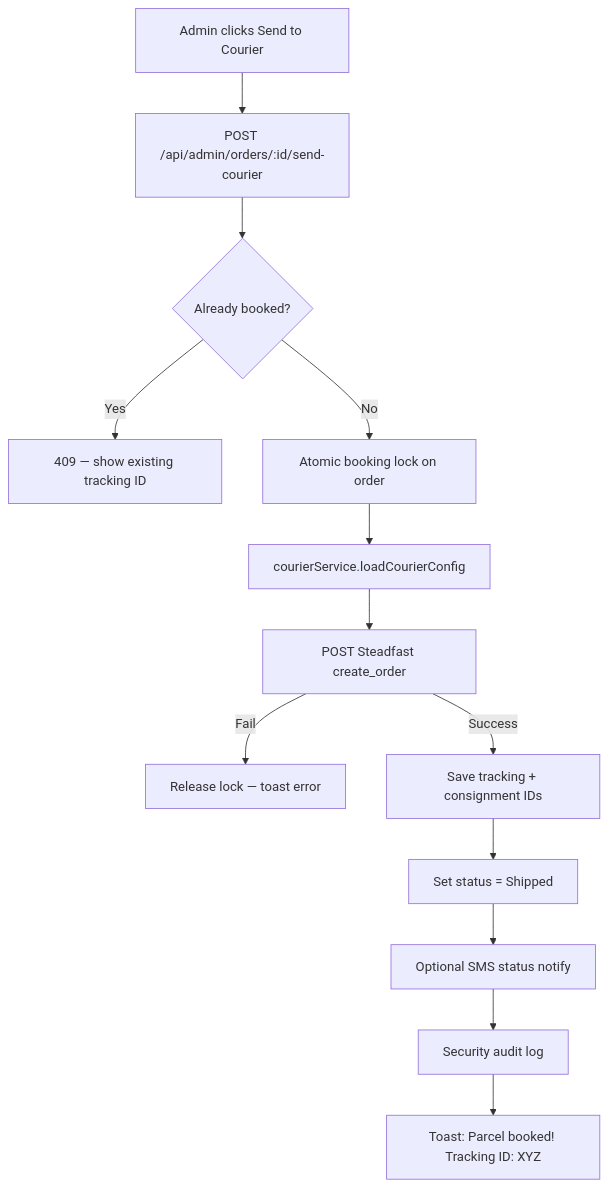
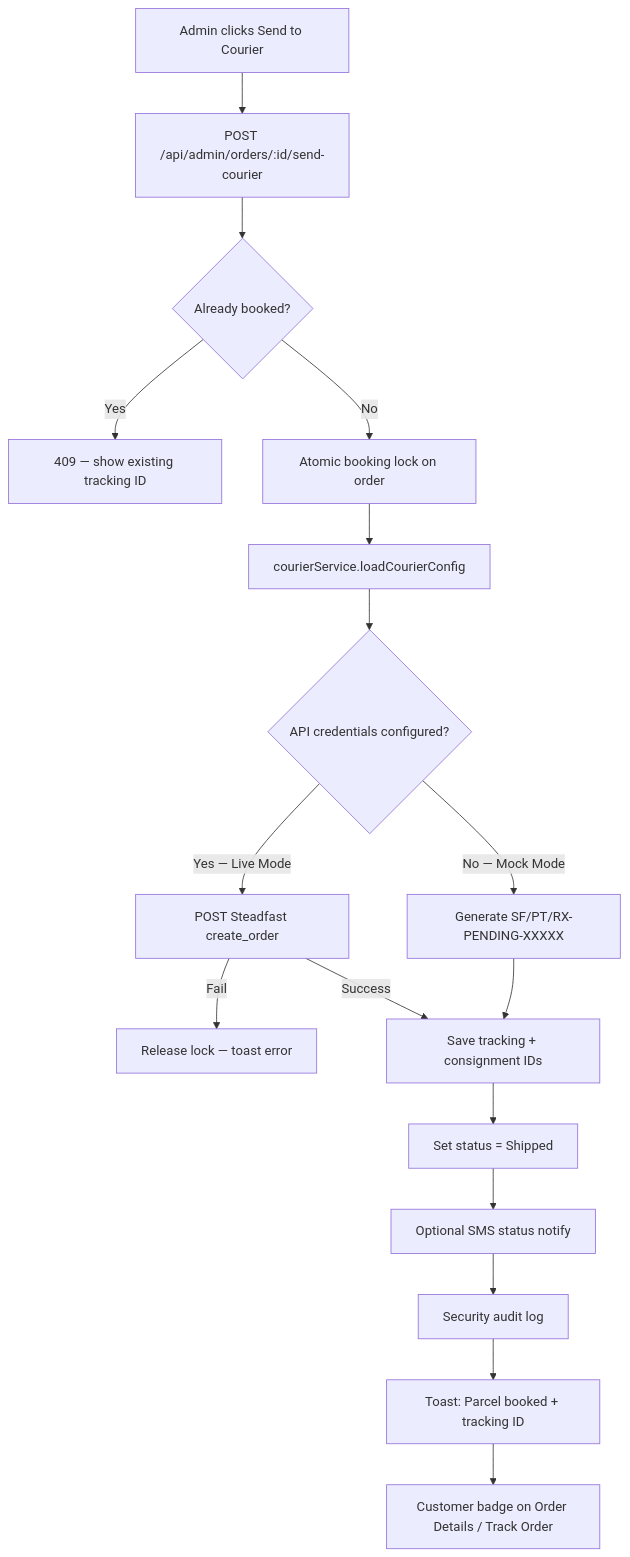
Before and after one commit to sabdulkarim010/eonlinebazar: diagram 14 of 17 in README.md, drawn with Mermaid. The commit also changed other lines of this file and 9 other files, not shown here.

Commit message:
feat(courier): complete future-ready courier dispatch engine, mock tracking fallback, and isolated order page updates

````diff
--- a/README.md
+++ b/README.md
@@ -1636,15 +1664,19 @@
 ```mermaid
 flowchart TD
     A[Admin clicks Send to Courier] --> B[POST /api/admin/orders/:id/send-courier]
     B --> C{Already booked?}
     C -->|Yes| D[409 — show existing tracking ID]
     C -->|No| E[Atomic booking lock on order]
     E --> F[courierService.loadCourierConfig]
-    F --> G[POST Steadfast create_order]
-    G -->|Fail| H[Release lock — toast error]
-    G -->|Success| I[Save tracking + consignment IDs]
-    I --> J[Set status = Shipped]
-    J --> K[Optional SMS status notify]
-    K --> L[Security audit log]
-    L --> M[Toast: Parcel booked! Tracking ID: XYZ]
+    F --> G{API credentials configured?}
+    G -->|No — Mock Mode| H[Generate SF/PT/RX-PENDING-XXXXX]
+    G -->|Yes — Live Mode| I[POST Steadfast create_order]
+    I -->|Fail| J[Release lock — toast error]
+    I -->|Success| K[Save tracking + consignment IDs]
+    H --> K
+    K --> L[Set status = Shipped]
+    L --> M[Optional SMS status notify]
+    M --> N[Security audit log]
+    N --> O[Toast: Parcel booked + tracking ID]
+    O --> P[Customer badge on Order Details / Track Order]
 ```
````
